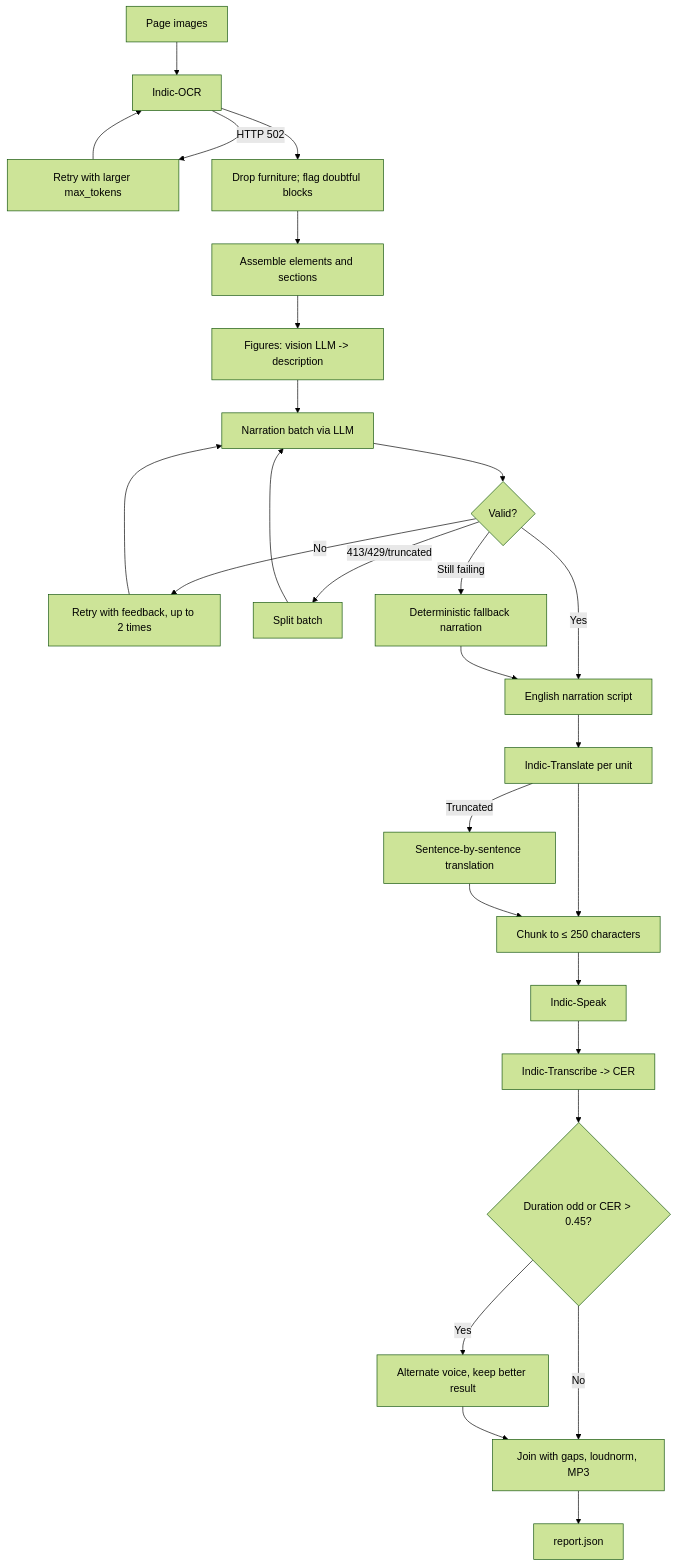
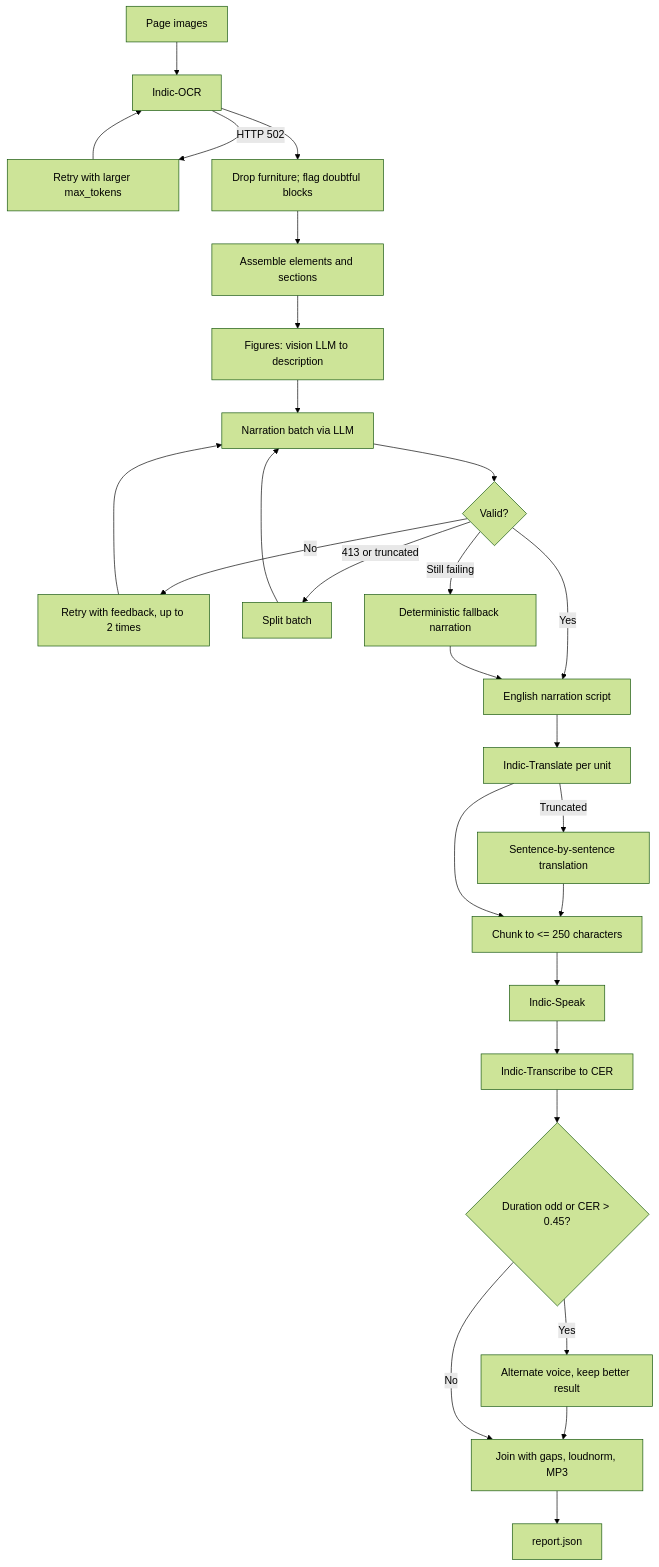
The second of 2 diagrams in README.md (SHRIYAASK/bodhan_scannedbook_to_mp3), drawn with Mermaid (forest theme) before and after one commit. The commit also changed other lines of this file, not shown here.

Commit message:
Ensure all Mermaid nodes are strictly quoted and padded with blank lines

````diff
--- a/README.md
+++ b/README.md
@@ -70,29 +73,29 @@
 ```mermaid
 flowchart TD
-    A[Page images] --> B[Indic-OCR]
-    B -->|HTTP 502| B2[Retry with larger max_tokens]
+    A["Page images"] --> B["Indic-OCR"]
+    B -->|"HTTP 502"| B2["Retry with larger max_tokens"]
     B2 --> B
-    B --> C[Drop furniture; flag doubtful blocks]
-    C --> D[Assemble elements and sections]
-    D --> E[Figures: vision LLM -> description]
-    E --> F[Narration batch via LLM]
-    F --> G{Valid?}
-    G -->|No| H[Retry with feedback, up to 2 times]
+    B --> C["Drop furniture; flag doubtful blocks"]
+    C --> D["Assemble elements and sections"]
+    D --> E["Figures: vision LLM to description"]
+    E --> F["Narration batch via LLM"]
+    F --> G{"Valid?"}
+    G -->|"No"| H["Retry with feedback, up to 2 times"]
     H --> F
-    G -->|413/429/truncated| I[Split batch]
+    G -->|"413 or truncated"| I["Split batch"]
     I --> F
-    G -->|Still failing| J[Deterministic fallback narration]
-    G -->|Yes| K[English narration script]
+    G -->|"Still failing"| J["Deterministic fallback narration"]
+    G -->|"Yes"| K["English narration script"]
     J --> K
-    K --> L[Indic-Translate per unit]
-    L -->|Truncated| M[Sentence-by-sentence translation]
-    L --> N[Chunk to ≤ 250 characters]
-    M --> N
-    N --> O[Indic-Speak]
-    O --> P[Indic-Transcribe -> CER]
-    P --> Q{Duration odd or CER > 0.45?}
-    Q -->|Yes| R[Alternate voice, keep better result]
-    Q -->|No| S[Join with gaps, loudnorm, MP3]
-    R --> S
-    S --> T[report.json]
+    K --> L["Indic-Translate per unit"]
+    L -->|"Truncated"| M["Sentence-by-sentence translation"]
+    M --> N["Chunk to <= 250 characters"]
+    L --> N
+    N --> O["Indic-Speak"]
+    O --> P["Indic-Transcribe to CER"]
+    P --> Q{"Duration odd or CER > 0.45?"}
+    Q -->|"Yes"| R["Alternate voice, keep better result"]
+    R --> S["Join with gaps, loudnorm, MP3"]
+    Q -->|"No"| S
+    S --> T["report.json"]
 ```
````
